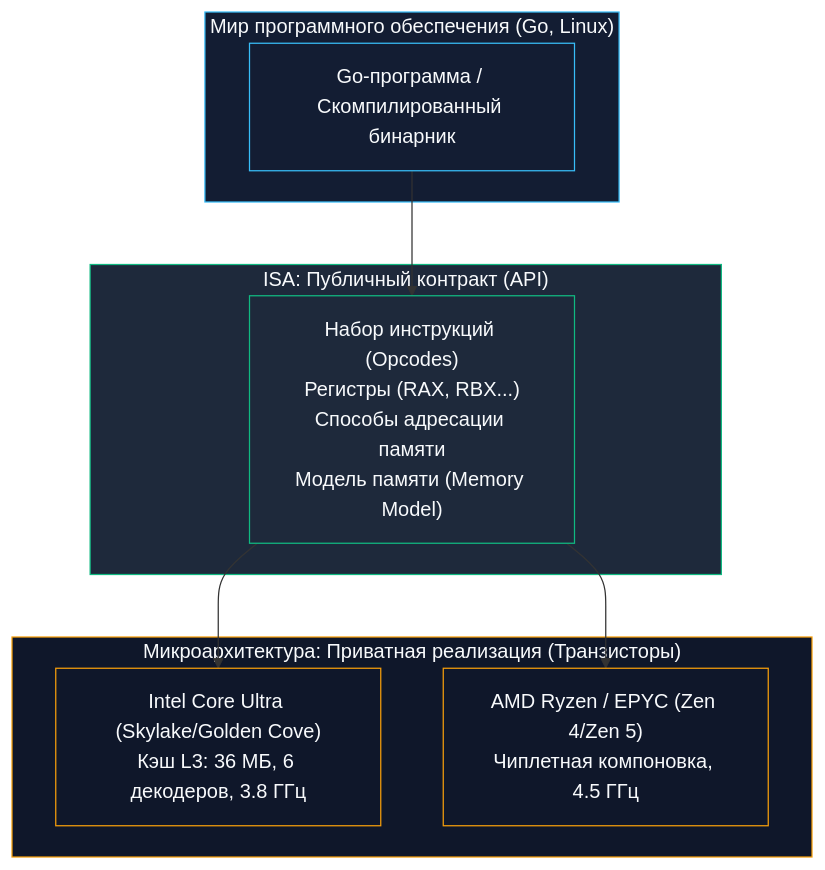
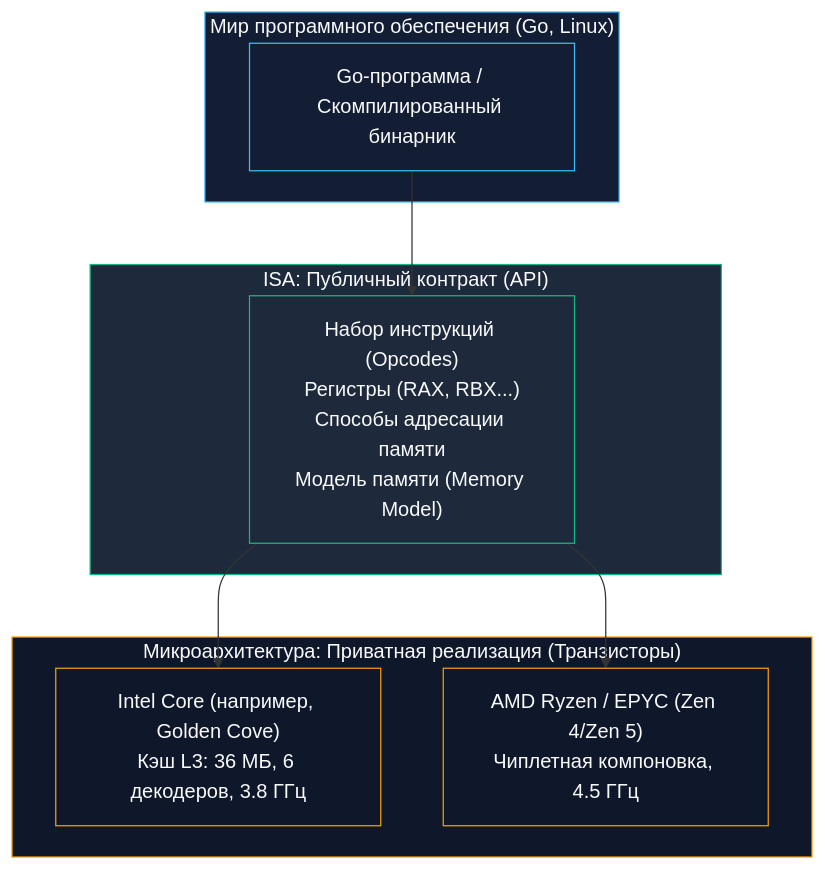
One commit to UnrealTemplier/go-textbook-ru changed the first of 3 diagrams in sources/1. Архитектура компьютера/8. ISA. Интерфейс между железом и софтом.md. Above: the diagram before and after it, drawn with Mermaid. The commit also changed other lines of this file and 40 other files, not shown here.

````diff
--- a/sources/1. Архитектура компьютера/8. ISA. Интерфейс между железом и софтом.md
+++ b/sources/1. Архитектура компьютера/8. ISA. Интерфейс между железом и софтом.md
@@ -21,26 +21,26 @@
 ```mermaid
 flowchart TD
     subgraph Software ["Мир программного обеспечения (Go, Linux)"]
         GoProg["Go-программа / Скомпилированный бинарник"]
     end
 
     subgraph API ["ISA: Публичный контракт (API)"]
         Contract["Набор инструкций (Opcodes)<br>Регистры (RAX, RBX...)<br>Способы адресации памяти<br>Модель памяти (Memory Model)"]
     end
 
     subgraph Hardware ["Микроархитектура: Приватная реализация (Транзисторы)"]
-        Intel["Intel Core Ultra (Skylake/Golden Cove)<br>Кэш L3: 36 МБ, 6 декодеров, 3.8 ГГц"]
+        Intel["Intel Core (например, Golden Cove)<br>Кэш L3: 36 МБ, 6 декодеров, 3.8 ГГц"]
         AMD["AMD Ryzen / EPYC (Zen 4/Zen 5)<br>Чиплетная компоновка, 4.5 ГГц"]
     end
 
     GoProg --> Contract
     Contract --> Intel
     Contract --> AMD
 
     classDef soft fill:#131d33,stroke:#38bdf8,stroke-width:1px,color:#f8fafc;
     classDef api fill:#1e293b,stroke:#10b981,stroke-width:1px,color:#f8fafc;
     classDef hard fill:#0f172a,stroke:#f59e0b,stroke-width:1px,color:#f8fafc;
     class Software,GoProg soft;
     class API,Contract api;
     class Hardware,Intel,AMD hard;
 ```
````
